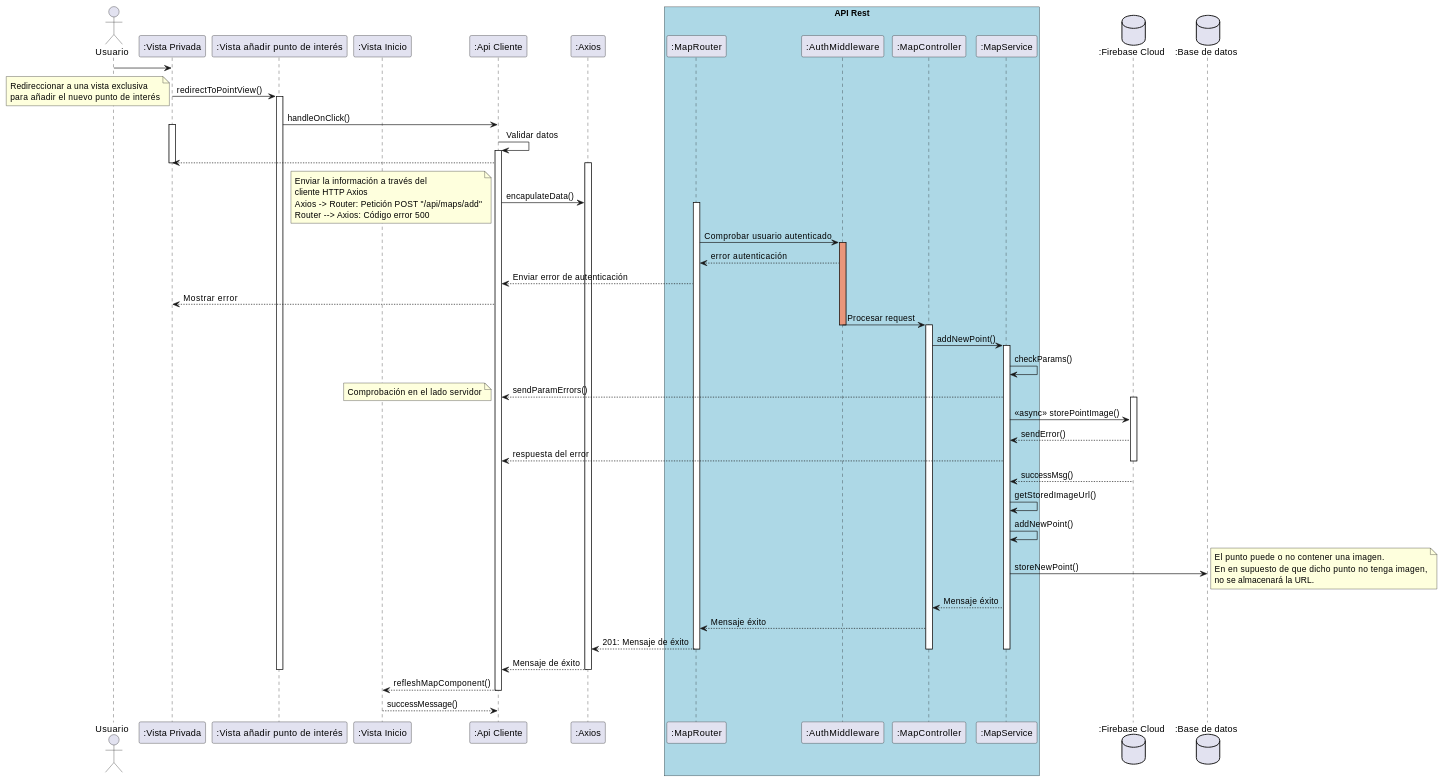
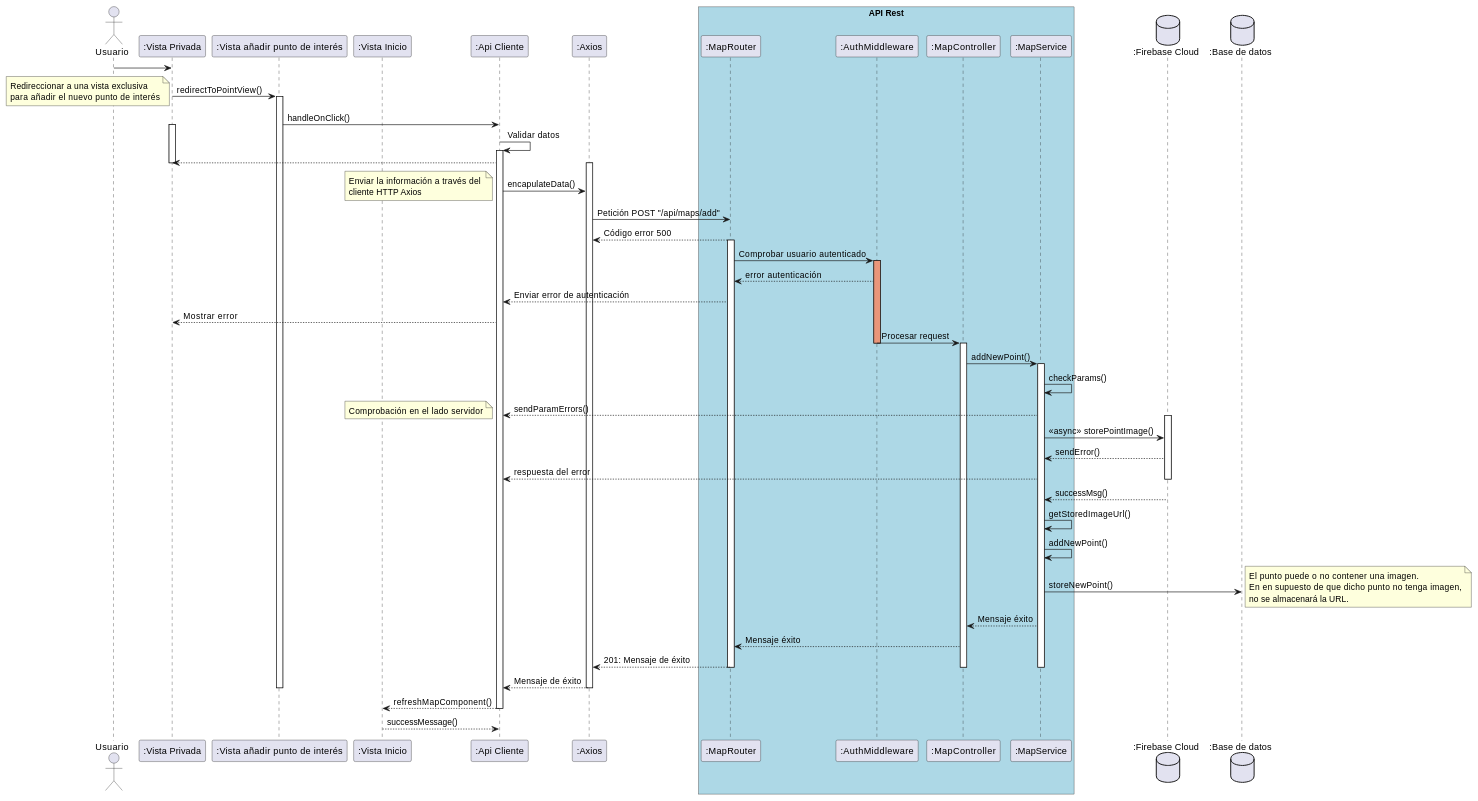
The eighth of 8 diagrams in docs/06_runtime_view.adoc (Arquisoft/lomap_es5a), drawn with PlantUML before and after one commit. The commit also changed other lines of this file, not shown here.

First line of the commit message:
docs: corrección errores en diagramas apartado 6

```diff
--- a/docs/06_runtime_view.adoc
+++ b/docs/06_runtime_view.adoc
@@ -210,9 +210,10 @@
 note left
 Enviar la información a través del 
 cliente HTTP Axios
+end note
+
 Axios -> Router: Petición POST "/api/maps/add"
 Router --> Axios: Código error 500
-end note
 
 activate Router
 
@@ -257,7 +258,7 @@
 deactivate Axios
 deactivate PointView
 
-Api --> Home: refleshMapComponent()
+Api --> Home: refreshMapComponent()
 deactivate Api
 
 return successMessage()
```
